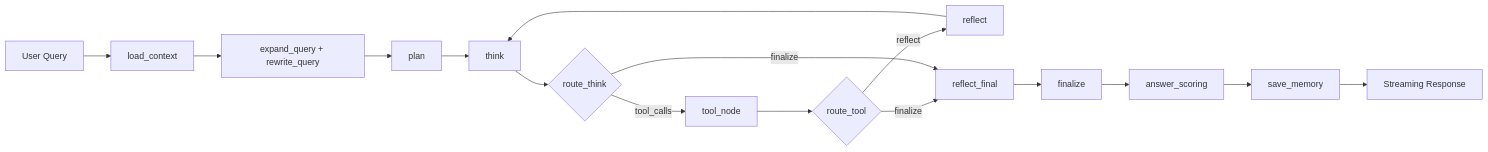
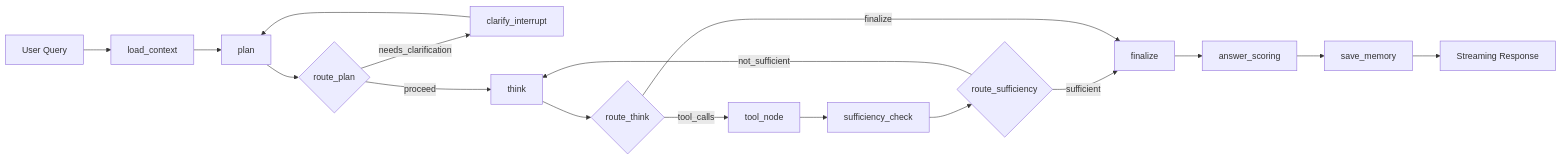
The second of 4 diagrams in docs/architecture.md (tangowhisky-dev/rag-web-ui), drawn with Mermaid before and after one commit. The commit also changed other lines of this file and 3 other files, not shown here.

````diff
--- a/docs/architecture.md
+++ b/docs/architecture.md
@@ -117,18 +117,19 @@
 ```mermaid
 graph LR
     A[User Query] --> B[load_context]
-    B --> C[expand_query + rewrite_query]
-    C --> D[plan]
-    D --> E[think]
-    E --> F{route_think}
-    F -->|tool_calls| G[tool_node]
-    G --> H{route_tool}
-    H -->|reflect| I[reflect]
-    I --> E
-    H -->|finalize| J[reflect_final]
-    F -->|finalize| J
-    J --> K[finalize]
+    B --> C[plan]
+    C --> D{route_plan}
+    D -->|needs_clarification| E[clarify_interrupt]
+    E --> C
+    D -->|proceed| F[think]
+    F --> G{route_think}
+    G -->|tool_calls| H[tool_node]
+    H --> I[sufficiency_check]
+    I --> J{route_sufficiency}
+    J -->|sufficient| K[finalize]
+    J -->|not_sufficient| F
+    G -->|finalize| K
     K --> L[answer_scoring]
     L --> M[save_memory]
     M --> N[Streaming Response]
 ```
````
